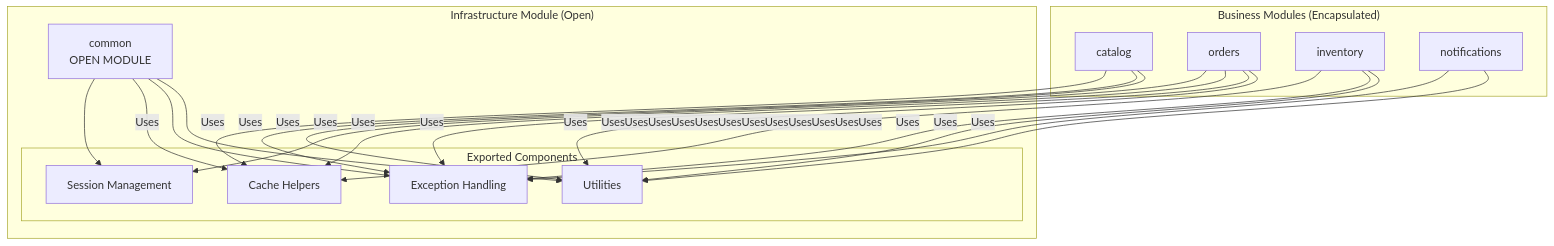
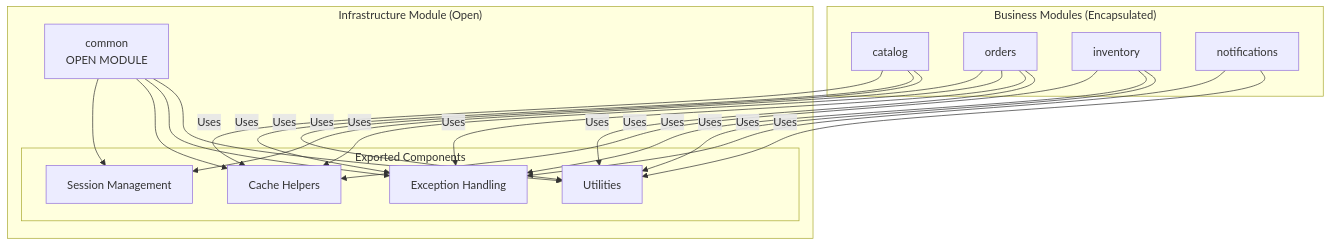
Before and after one commit to philipz/spring-modular-monolith: the first of 4 diagrams in docs/deepwiki/Common-Module.md, drawn with Mermaid. The commit also changed 32 other files, not shown here.

````diff
--- a/docs/deepwiki/Common-Module.md
+++ b/docs/deepwiki/Common-Module.md
@@ -38,48 +38,48 @@
 ```mermaid
 flowchart TD
 
 Catalog["catalog"]
 Orders["orders"]
 Inventory["inventory"]
 Notifications["notifications"]
 Common["common<br>OPEN MODULE"]
 Utilities["Utilities"]
 Exceptions["Exception Handling"]
 CacheHelpers["Cache Helpers"]
 SessionMgmt["Session Management"]
 
 Catalog -->|"Uses"| Utilities
 Catalog -->|"Uses"| Exceptions
 Catalog -->|"Uses"| CacheHelpers
 Orders -->|"Uses"| Utilities
 Orders -->|"Uses"| Exceptions
 Orders -->|"Uses"| CacheHelpers
 Orders -->|"Uses"| SessionMgmt
 Inventory -->|"Uses"| Utilities
 Inventory -->|"Uses"| Exceptions
-Inventory -->|"UsesUsesUsesUsesUsesUsesUsesUsesUsesUsesUsesUses"| CacheHelpers
-Notifications --> Utilities
+Inventory -->|"Uses"| CacheHelpers
+Notifications -->|"Uses"| Utilities
 Notifications -->|"Uses"| Exceptions
 
 subgraph subGraph2 ["Infrastructure Module (Open)"]
     Common
     Common --> Utilities
     Common --> Exceptions
-    Common -->|"Uses"| CacheHelpers
+    Common --> CacheHelpers
     Common --> SessionMgmt
 
 subgraph subGraph1 ["Exported Components"]
     Utilities
     Exceptions
     CacheHelpers
     SessionMgmt
 end
 end
 
 subgraph subGraph0 ["Business Modules (Encapsulated)"]
     Catalog
     Orders
     Inventory
     Notifications
 end
 ```
````
